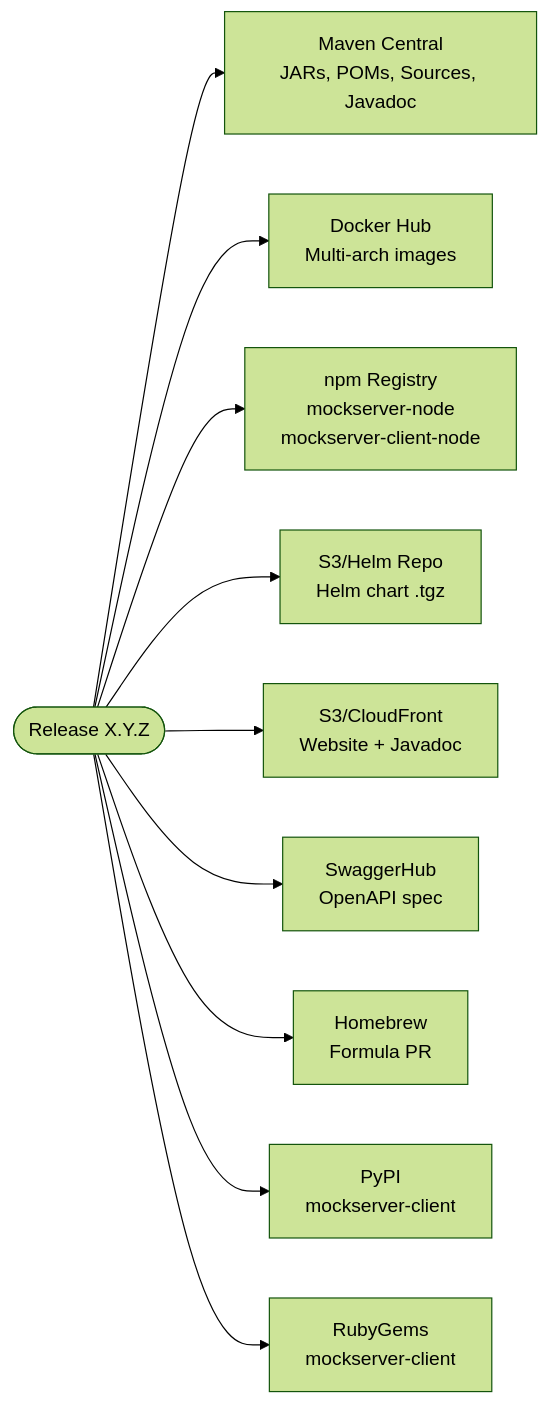
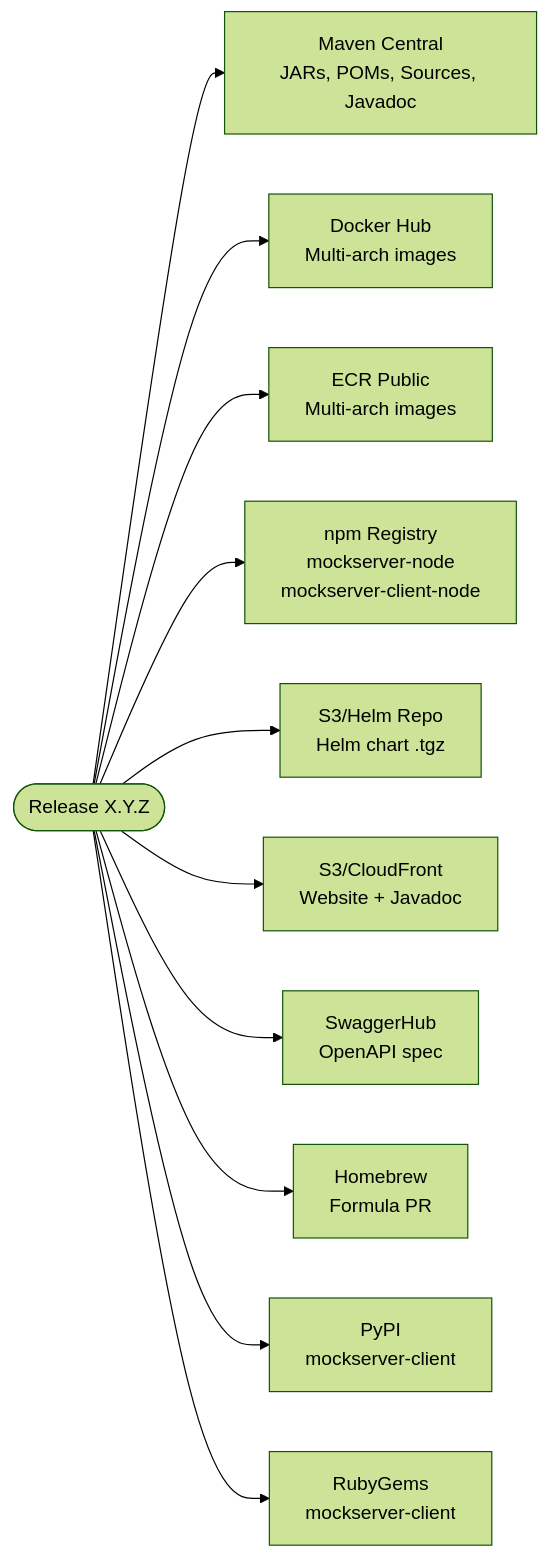
One commit to mock-server/mockserver changed the third of 3 diagrams in docs/operations/release-process.md. Above: the diagram before and after it, drawn with Mermaid (forest theme). The commit also changed other lines of this file and 31 other files, not shown here.

First line of the commit message:
feat: add Docker HEALTHCHECK, ECR Public publishing, and GraalJS templating image (#2172)

````diff
--- a/docs/operations/release-process.md
+++ b/docs/operations/release-process.md
@@ -210,24 +213,26 @@
 ```mermaid
 graph LR
     REL([Release X.Y.Z])
 
     REL --> MC["Maven Central
 JARs, POMs, Sources, Javadoc"]
     REL --> DH["Docker Hub
+Multi-arch images"]
+    REL --> ECR["ECR Public
 Multi-arch images"]
     REL --> NPM["npm Registry
 mockserver-node
 mockserver-client-node"]
     REL --> S3_HELM["S3/Helm Repo
 Helm chart .tgz"]
     REL --> S3_DOCS["S3/CloudFront
 Website + Javadoc"]
     REL --> SWAGGER["SwaggerHub
 OpenAPI spec"]
     REL --> BREW["Homebrew
 Formula PR"]
     REL --> PYPI["PyPI
 mockserver-client"]
     REL --> GEMS["RubyGems
 mockserver-client"]
 ```
````
